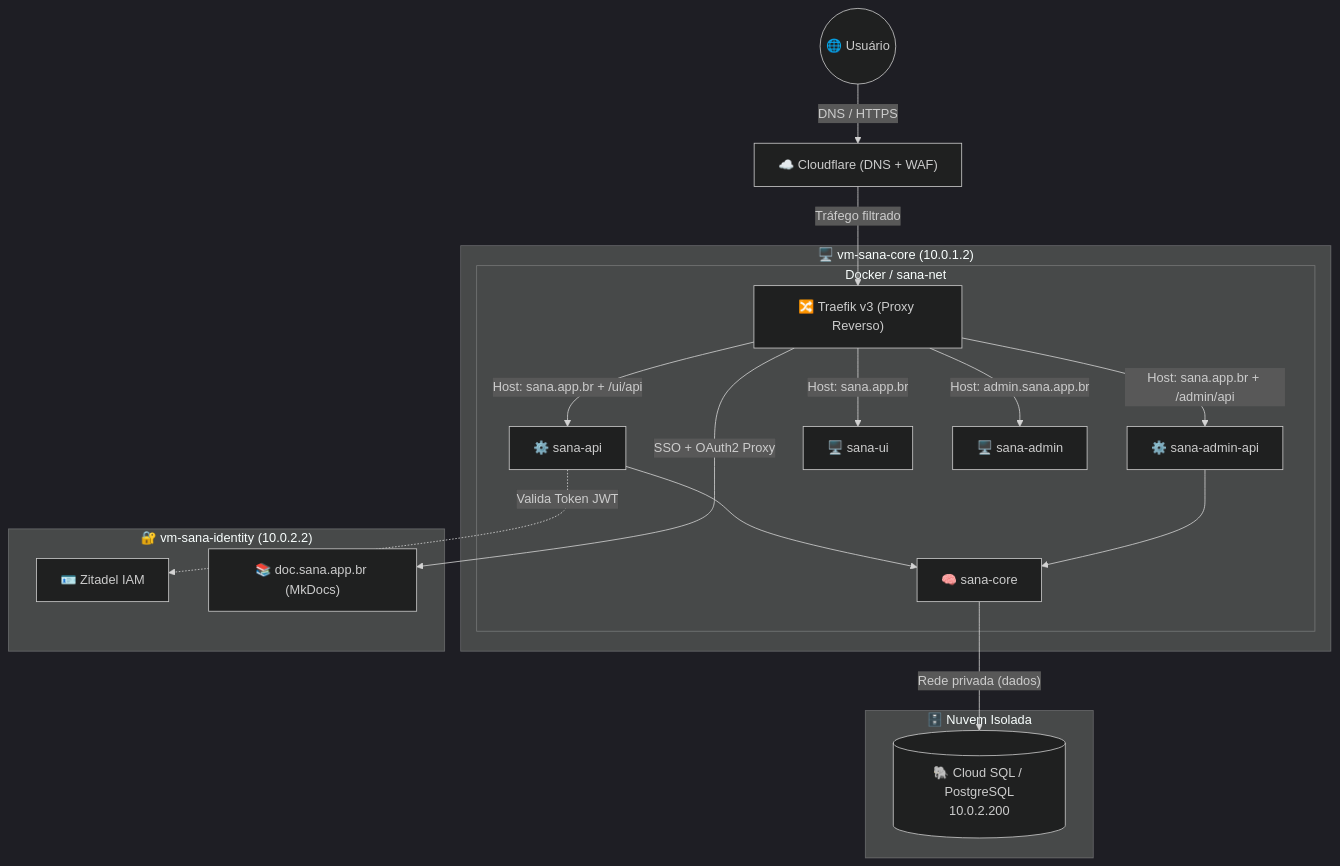
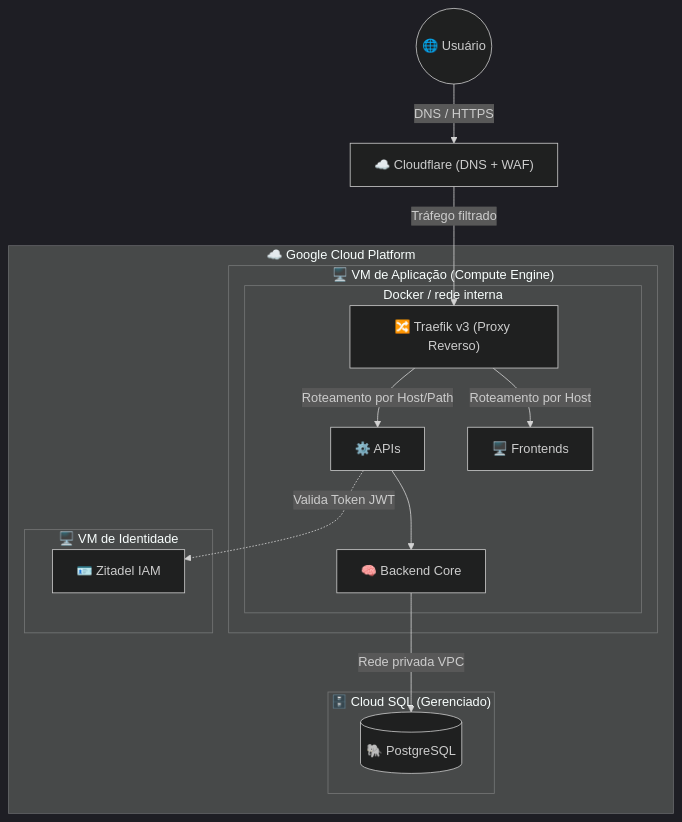
One commit to rofilho/cloud changed the first of 5 diagrams in content/Aula 11.5 - Pratica CI CD e Arquitetura Cloud - Estudo de Caso.md. Above: the diagram before and after it, drawn with Mermaid (dark theme). The commit also changed other lines of this file, not shown here.

Commit message:
fix: Atualiza Aula 11.5 - remove dados sensiveis, adiciona observabilidade e GCP

````diff
--- a/content/Aula 11.5 - Pratica CI CD e Arquitetura Cloud - Estudo de Caso.md
+++ b/content/Aula 11.5 - Pratica CI CD e Arquitetura Cloud - Estudo de Caso.md
@@ -77,29 +89,26 @@
 ```mermaid
 graph TD
     User((🌐 Usuário)) -->|DNS / HTTPS| CF["☁️ Cloudflare (DNS + WAF)"]
     CF -->|Tráfego filtrado| TR["🔀 Traefik v3 (Proxy Reverso)"]
 
-    subgraph "🖥️ vm-sana-core (10.0.1.2)"
-        subgraph "Docker / sana-net"
-            TR -->|Host: sana.app.br + /ui/api| API["⚙️ sana-api"]
-            TR -->|Host: sana.app.br + /admin/api| AAPI["⚙️ sana-admin-api"]
-            TR -->|Host: sana.app.br| UI["🖥️ sana-ui"]
-            TR -->|Host: admin.sana.app.br| ADM["🖥️ sana-admin"]
-            API --> CORE["🧠 sana-core"]
-            AAPI --> CORE
+    subgraph "☁️ Google Cloud Platform"
+        subgraph "🖥️ VM de Aplicação (Compute Engine)"
+            subgraph "Docker / rede interna"
+                TR -->|Roteamento por Host/Path| API["⚙️ APIs"]
+                TR -->|Roteamento por Host| UI["🖥️ Frontends"]
+                API --> CORE["🧠 Backend Core"]
+            end
+        end
+
+        subgraph "🖥️ VM de Identidade"
+            IAM["🪪 Zitadel IAM"]
+        end
+
+        subgraph "🗄️ Cloud SQL (Gerenciado)"
+            SQL[("🐘 PostgreSQL")]
         end
     end
 
-    subgraph "🔐 vm-sana-identity (10.0.2.2)"
-        IAM["🪪 Zitadel IAM"]
-        DOC["📚 doc.sana.app.br (MkDocs)"]
-    end
-
-    subgraph "🗄️ Nuvem Isolada"
-        SQL[("🐘 Cloud SQL / PostgreSQL\n10.0.2.200")]
-    end
-
     API -.->|"Valida Token JWT"| IAM
-    CORE -->|"Rede privada (dados)"| SQL
-    TR -->|"SSO + OAuth2 Proxy"| DOC
+    CORE -->|"Rede privada VPC"| SQL
 ```
````
